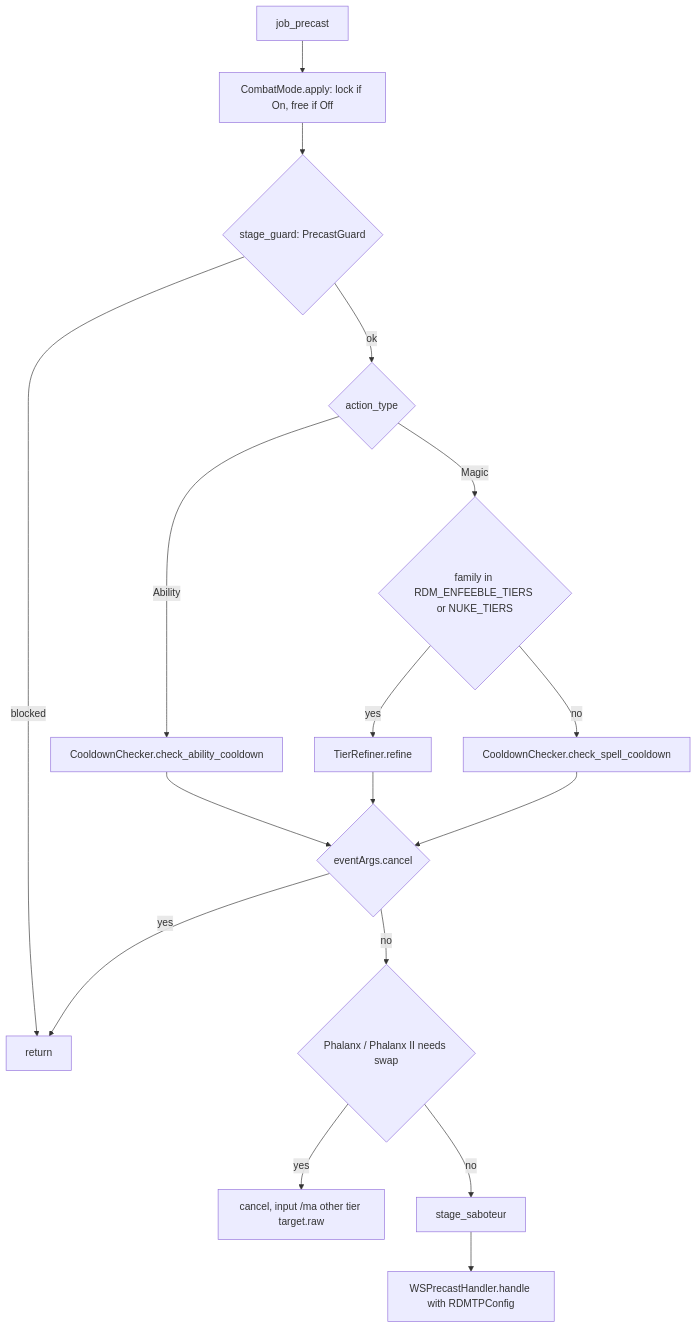
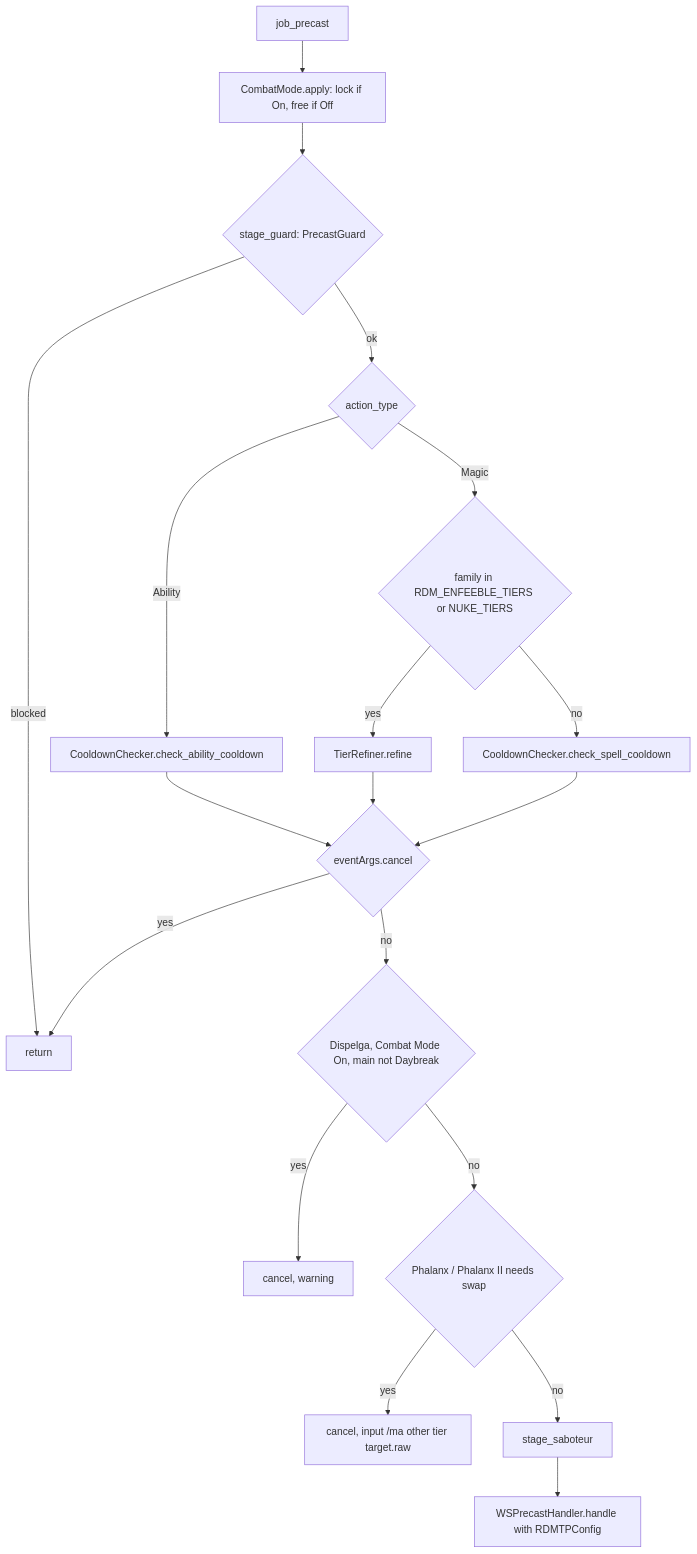
The second of 2 diagrams in docs/dev/jobs/rdm.md (ejouanchicot/Gearswap), drawn with Mermaid before and after one commit. The commit also changed other lines of this file and 3 other files, not shown here.

First line of the commit message:
feat(rdm): Dispelga casts with Daybreak, stopped when Combat Mode locks another weapon

````diff
--- a/docs/dev/jobs/rdm.md
+++ b/docs/dev/jobs/rdm.md
@@ -147,19 +147,21 @@
 ```mermaid
 flowchart TD
     A[job_precast] --> D0[CombatMode.apply: lock if On, free if Off]
     D0 --> G{stage_guard: PrecastGuard}
     G -- blocked --> Z[return]
     G -- ok --> C{action_type}
     C -- Ability --> CA[CooldownChecker.check_ability_cooldown]
     C -- Magic --> T{family in RDM_ENFEEBLE_TIERS or NUKE_TIERS}
     T -- yes --> TR[TierRefiner.refine]
     T -- no --> CS[CooldownChecker.check_spell_cooldown]
     CA --> X{eventArgs.cancel}
     TR --> X
     CS --> X
     X -- yes --> Z
-    X -- no --> P{Phalanx / Phalanx II needs swap}
+    X -- no --> D{Dispelga, Combat Mode On, main not Daybreak}
+    D -- yes --> DZ[cancel, warning]
+    D -- no --> P{Phalanx / Phalanx II needs swap}
     P -- yes --> PS[cancel, input /ma other tier target.raw]
     P -- no --> S[stage_saboteur]
     S --> W[WSPrecastHandler.handle with RDMTPConfig]
 ```
````
